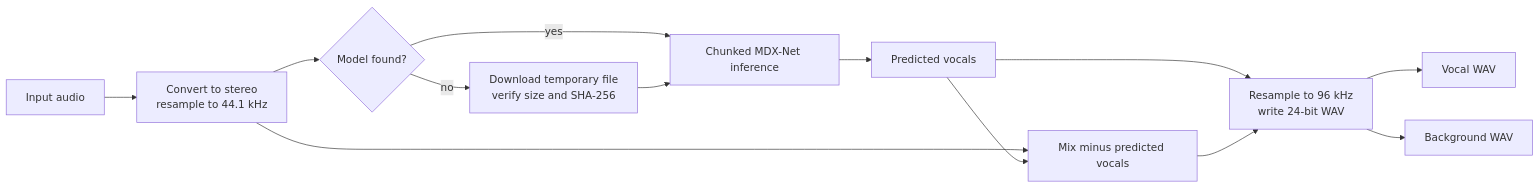
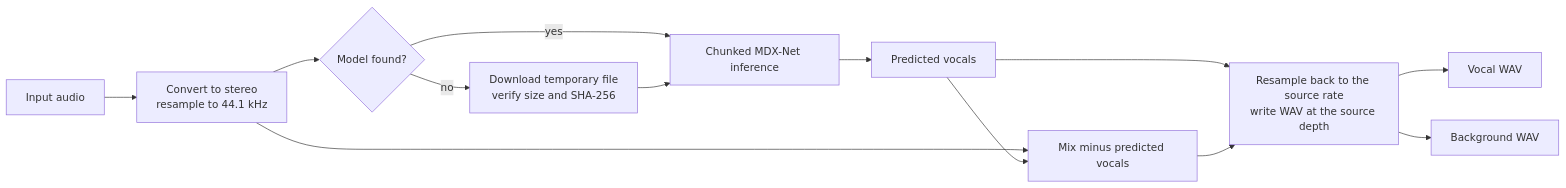
Before and after one commit to ChouChiu/Purivox: the diagram in docs/en/neural-separation.md, drawn with Mermaid. The commit also changed other lines of this file and 30 other files, not shown here.

````diff
--- a/docs/en/neural-separation.md
+++ b/docs/en/neural-separation.md
@@ -26,15 +26,15 @@
 ```mermaid
 flowchart LR
     input["Input audio"] --> stereo["Convert to stereo<br/>resample to 44.1 kHz"]
     stereo --> model{"Model found?"}
     model -->|no| download["Download temporary file<br/>verify size and SHA-256"]
     model -->|yes| infer["Chunked MDX-Net inference"]
     download --> infer
     infer --> vocal["Predicted vocals"]
     stereo --> subtract["Mix minus predicted vocals"]
     vocal --> subtract
-    vocal --> hires["Resample to 96 kHz<br/>write 24-bit WAV"]
-    subtract --> hires
-    hires --> vocalout["Vocal WAV"]
-    hires --> background["Background WAV"]
+    vocal --> export["Resample back to the source rate<br/>write WAV at the source depth"]
+    subtract --> export
+    export --> vocalout["Vocal WAV"]
+    export --> background["Background WAV"]
 ```
````
